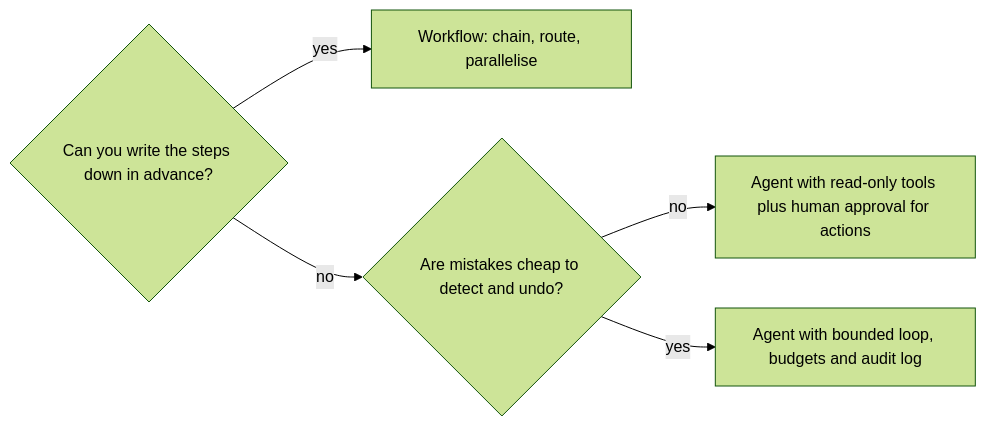
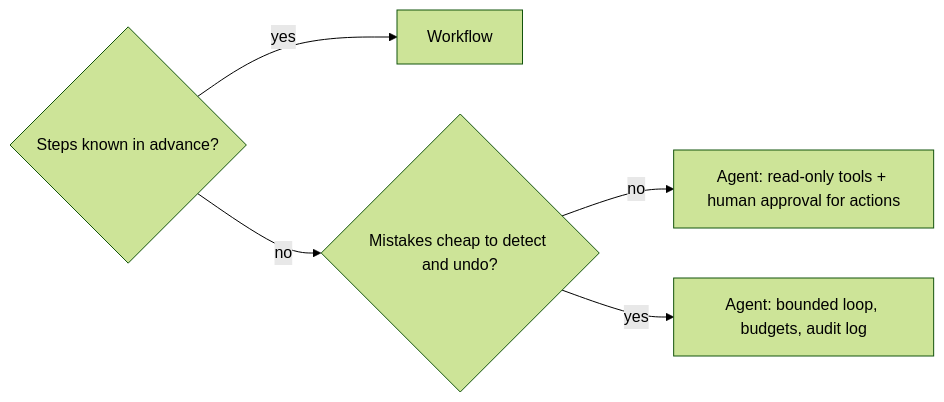
Before and after one commit to vishalhulawale/knowledge-base: the second of 2 diagrams in docs/genai/06-agents-and-tool-calling.md, drawn with Mermaid (forest theme). The commit also changed other lines of this file and 5 other files, not shown here.

````diff
--- a/docs/genai/06-agents-and-tool-calling.md
+++ b/docs/genai/06-agents-and-tool-calling.md
@@ -99,7 +89,7 @@
 ```mermaid
 flowchart LR
-    Q{"Can you write the steps down in advance?"} -->|yes| W["Workflow: chain, route, parallelise"]
-    Q -->|no| R{"Are mistakes cheap to detect and undo?"}
-    R -->|no| H["Agent with read-only tools plus human approval for actions"]
-    R -->|yes| A["Agent with bounded loop, budgets and audit log"]
+    Q{"Steps known in advance?"} -->|yes| W["Workflow"]
+    Q -->|no| R{"Mistakes cheap to detect and undo?"}
+    R -->|no| H["Agent: read-only tools + human approval for actions"]
+    R -->|yes| A["Agent: bounded loop, budgets, audit log"]
 ```
````
